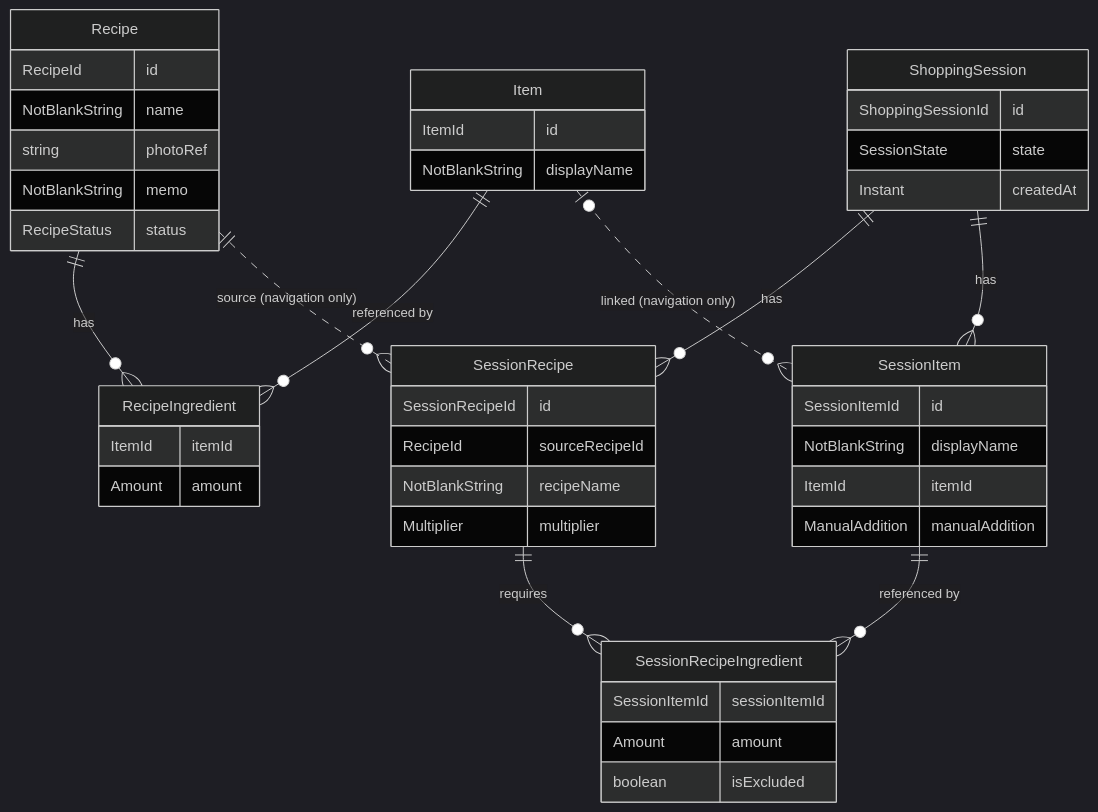
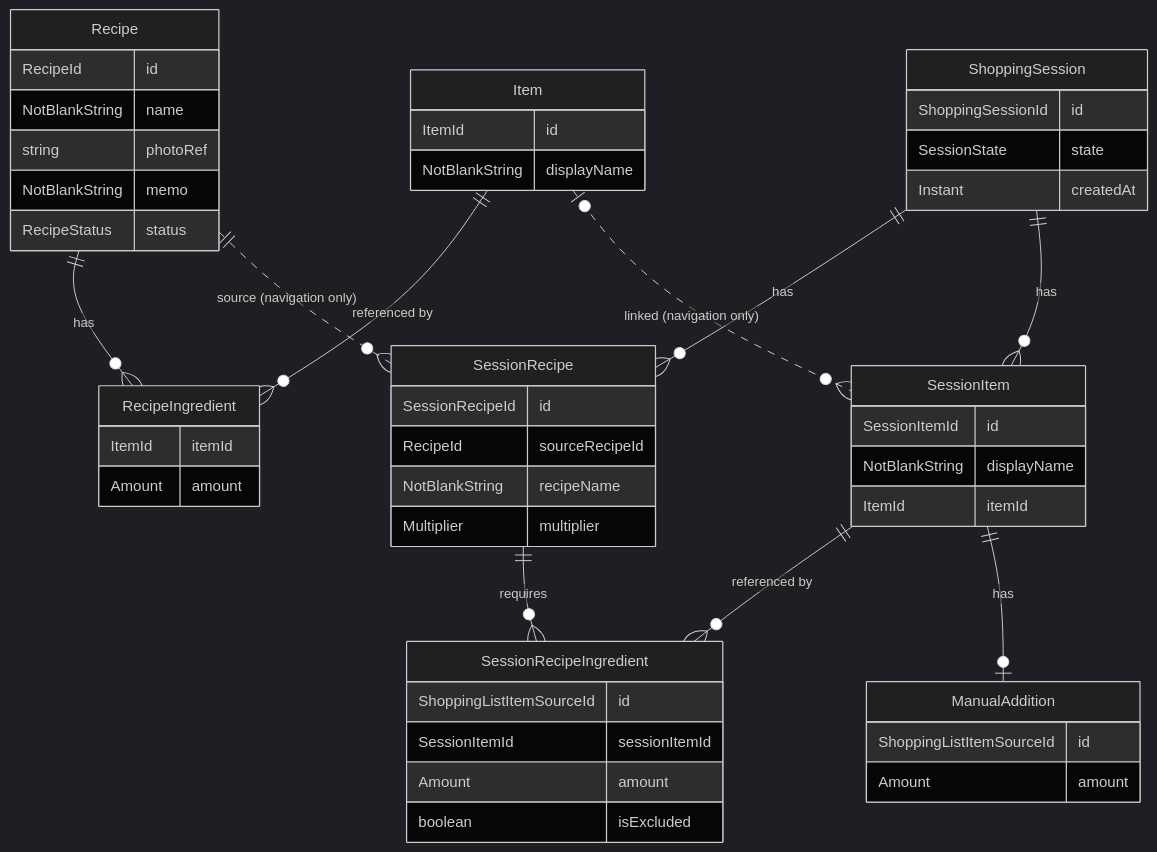
The diagram in docs/architecture.md (kyo1941/RecipeDeck), drawn with Mermaid (dark theme) before and after one commit. The commit also changed other lines of this file and 6 other files, not shown here.

````diff
--- a/docs/architecture.md
+++ b/docs/architecture.md
@@ -57,56 +57,62 @@
 ```mermaid
 erDiagram
     Recipe ||--o{ RecipeIngredient : "has"
     Item ||--o{ RecipeIngredient : "referenced by"
 
     ShoppingSession ||--o{ SessionRecipe : "has"
     ShoppingSession ||--o{ SessionItem : "has"
     SessionRecipe ||--o{ SessionRecipeIngredient : "requires"
     SessionItem ||--o{ SessionRecipeIngredient : "referenced by"
+    SessionItem ||--o| ManualAddition : "has"
     Item |o..o{ SessionItem : "linked (navigation only)"
     Recipe ||..o{ SessionRecipe : "source (navigation only)"
 
     Recipe {
         RecipeId id
         NotBlankString name
         string photoRef
         NotBlankString memo
         RecipeStatus status
     }
 
     Item {
         ItemId id
         NotBlankString displayName
     }
 
     RecipeIngredient {
         ItemId itemId
         Amount amount
     }
 
     ShoppingSession {
         ShoppingSessionId id
         SessionState state
         Instant createdAt
     }
 
     SessionRecipe {
         SessionRecipeId id
         RecipeId sourceRecipeId
         NotBlankString recipeName
         Multiplier multiplier
     }
 
     SessionItem {
         SessionItemId id
         NotBlankString displayName
         ItemId itemId
-        ManualAddition manualAddition
+    }
+
+    ManualAddition {
+        ShoppingListItemSourceId id
+        Amount amount
     }
 
     SessionRecipeIngredient {
+        ShoppingListItemSourceId id
         SessionItemId sessionItemId
         Amount amount
         boolean isExcluded
     }
 ```
````
